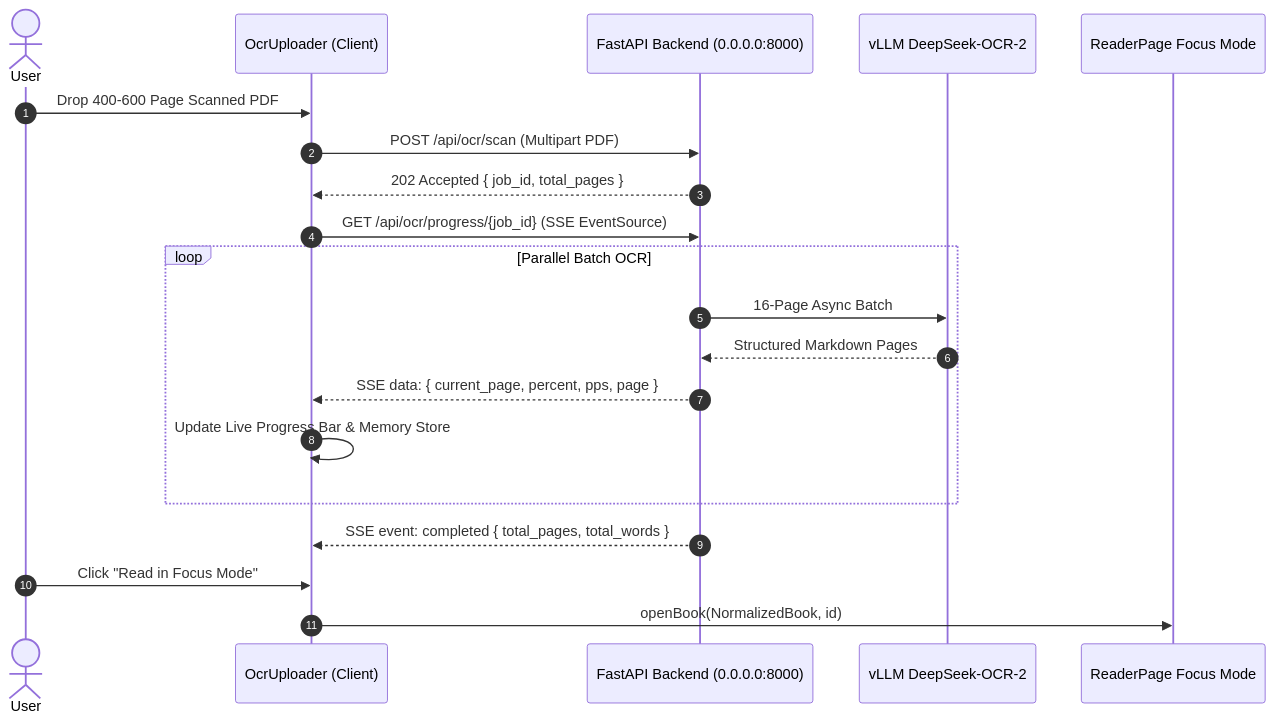
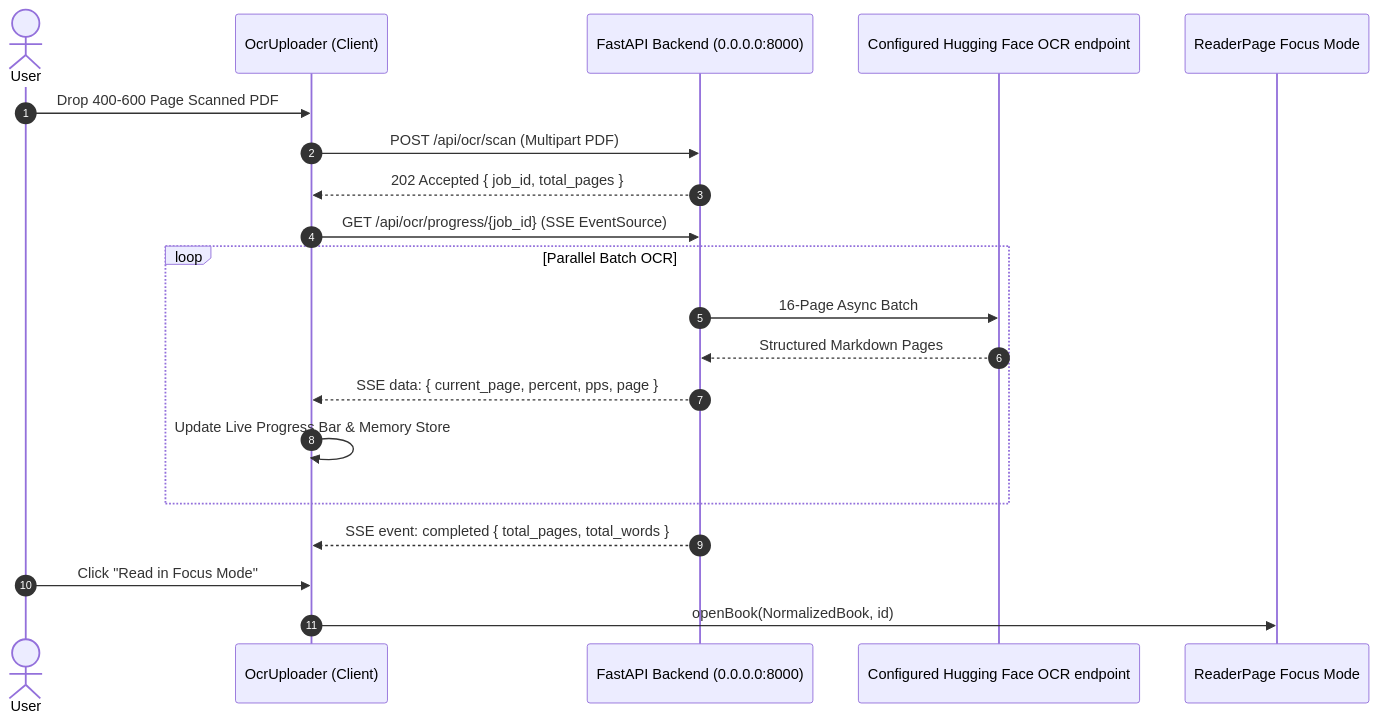
Before and after one commit to loucasty-cell/bookflow: the second of 2 diagrams in docs/frontend-workflow.md, drawn with Mermaid. The commit also changed other lines of this file and 30 other files, not shown here.

````diff
--- a/docs/frontend-workflow.md
+++ b/docs/frontend-workflow.md
@@ -92,23 +97,23 @@
 ```mermaid
 sequenceDiagram
     autonumber
     actor User
     participant React as OcrUploader (Client)
     participant FastAPI as FastAPI Backend (0.0.0.0:8000)
-    participant Engine as vLLM DeepSeek-OCR-2
+    participant Engine as Configured Hugging Face OCR endpoint
     participant Reader as ReaderPage Focus Mode
 
     User->>React: Drop 400-600 Page Scanned PDF
     React->>FastAPI: POST /api/ocr/scan (Multipart PDF)
     FastAPI-->>React: 202 Accepted { job_id, total_pages }
     React->>FastAPI: GET /api/ocr/progress/{job_id} (SSE EventSource)
     loop Parallel Batch OCR
         FastAPI->>Engine: 16-Page Async Batch
         Engine-->>FastAPI: Structured Markdown Pages
         FastAPI-->>React: SSE data: { current_page, percent, pps, page }
         React->>React: Update Live Progress Bar & Memory Store
     end
     FastAPI-->>React: SSE event: completed { total_pages, total_words }
     User->>React: Click "Read in Focus Mode"
     React->>Reader: openBook(NormalizedBook, id)
 ```
````
